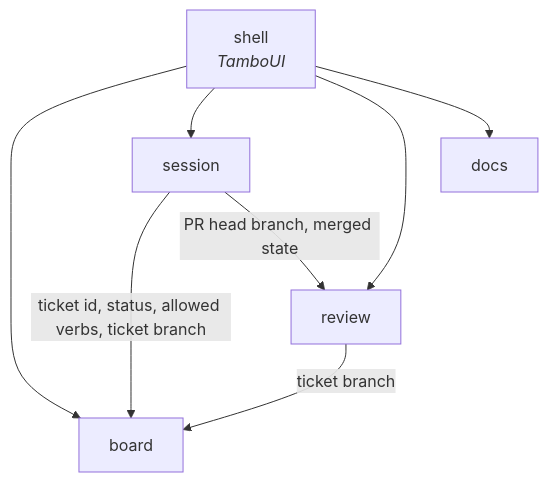
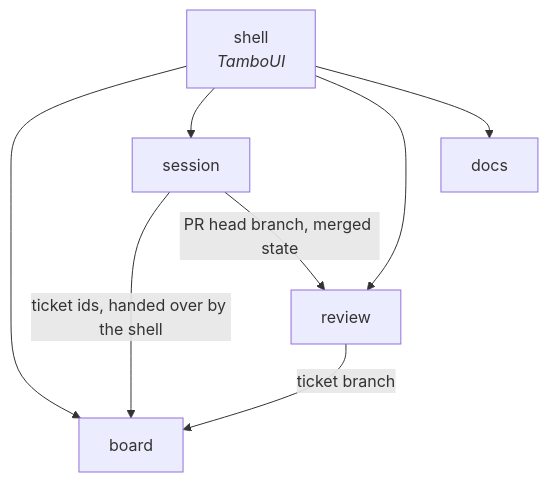
One commit to maxenceng/lazyclaude changed the diagram in docs/context-map.md. Above: the diagram before and after it, drawn with Mermaid. The commit also changed other lines of this file and 3 other files, not shown here.

````diff
--- a/docs/context-map.md
+++ b/docs/context-map.md
@@ -29,15 +29,15 @@
 ```mermaid
 graph TD
     shell[shell<br/><i>TamboUI</i>]
     board[board]
     session[session]
     review[review]
     docs[docs]
     shell --> board
     shell --> session
     shell --> review
     shell --> docs
-    session -- "ticket id, status, allowed verbs, ticket branch" --> board
+    session -- "ticket ids, handed over by the shell" --> board
     session -- "PR head branch, merged state" --> review
     review -- "ticket branch" --> board
 ```
````
